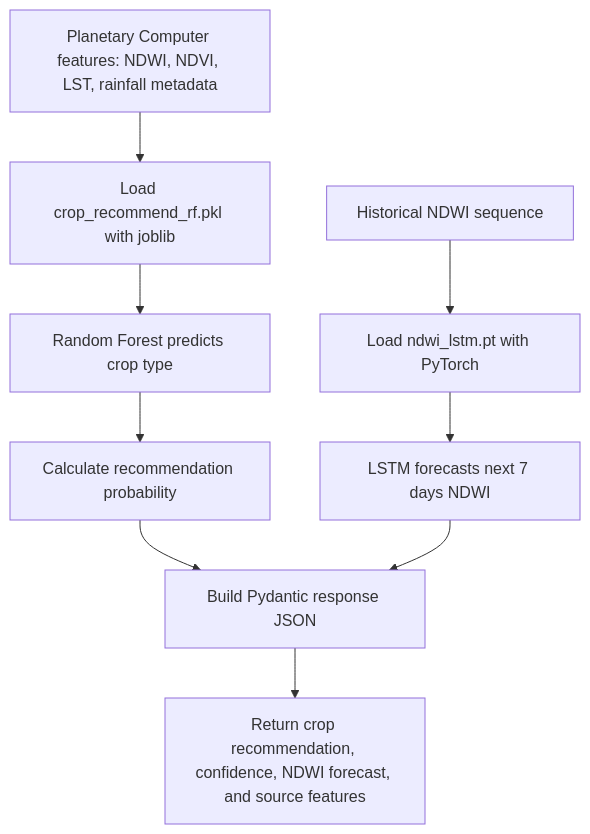
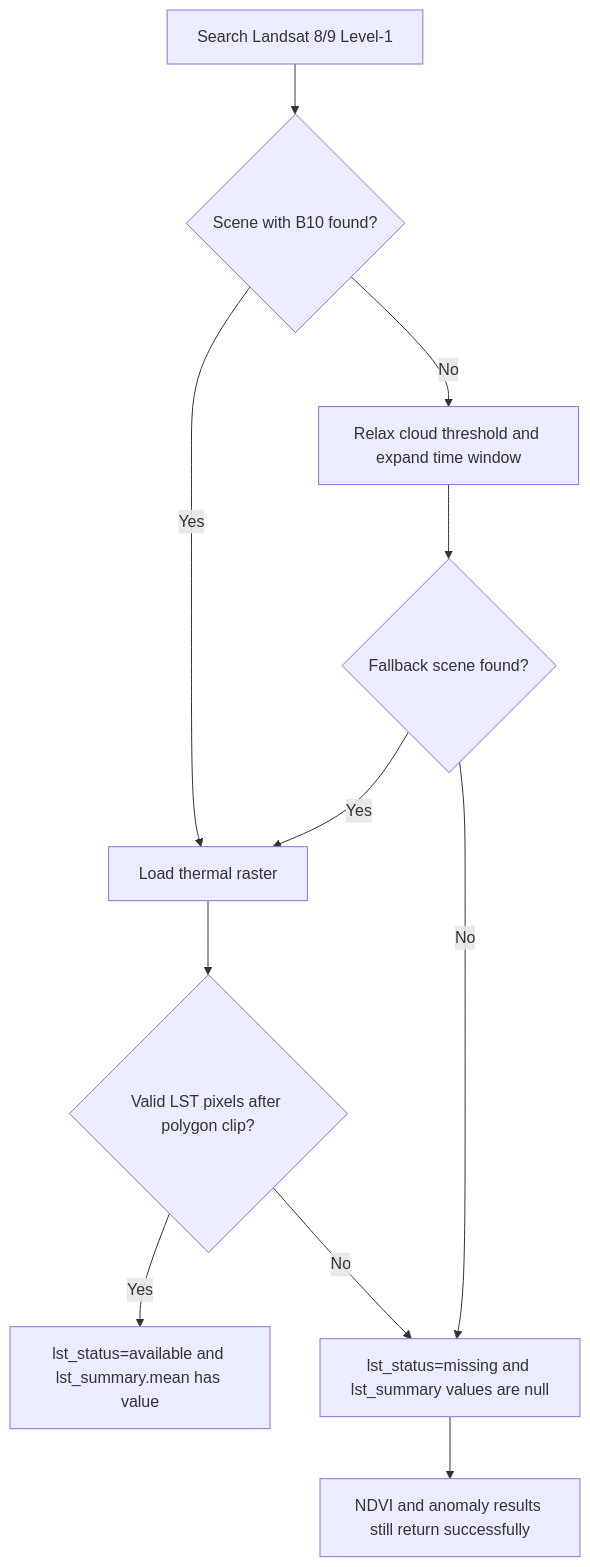
One commit to chinna5656/satellite-crop-planner changed the fourth of 5 diagrams in docs/web-processing-flowchart.md. Above: the diagram before and after it, drawn with Mermaid. The commit also changed other lines of this file and 7 other files, not shown here.

````diff
--- a/docs/web-processing-flowchart.md
+++ b/docs/web-processing-flowchart.md
@@ -95,13 +99,13 @@
 ```mermaid
 flowchart TD
-    A["Planetary Computer features: NDWI, NDVI, LST, rainfall metadata"] --> B["Load crop_recommend_rf.pkl with joblib"]
-    B --> C["Random Forest predicts crop type"]
-    C --> D["Calculate recommendation probability"]
-
-    E["Historical NDWI sequence"] --> F["Load ndwi_lstm.pt with PyTorch"]
-    F --> G["LSTM forecasts next 7 days NDWI"]
-
-    D --> H["Build Pydantic response JSON"]
-    G --> H
-    H --> I["Return crop recommendation, confidence, NDWI forecast, and source features"]
+    A["Search Landsat 8/9 Level-1"] --> B{"Scene with B10 found?"}
+    B -->|"Yes"| C["Load thermal raster"]
+    C --> D{"Valid LST pixels after polygon clip?"}
+    D -->|"Yes"| E["lst_status=available and lst_summary.mean has value"]
+    D -->|"No"| F["lst_status=missing and lst_summary values are null"]
+    B -->|"No"| G["Relax cloud threshold and expand time window"]
+    G --> H{"Fallback scene found?"}
+    H -->|"Yes"| C
+    H -->|"No"| F
+    F --> I["NDVI and anomaly results still return successfully"]
 ```
````
